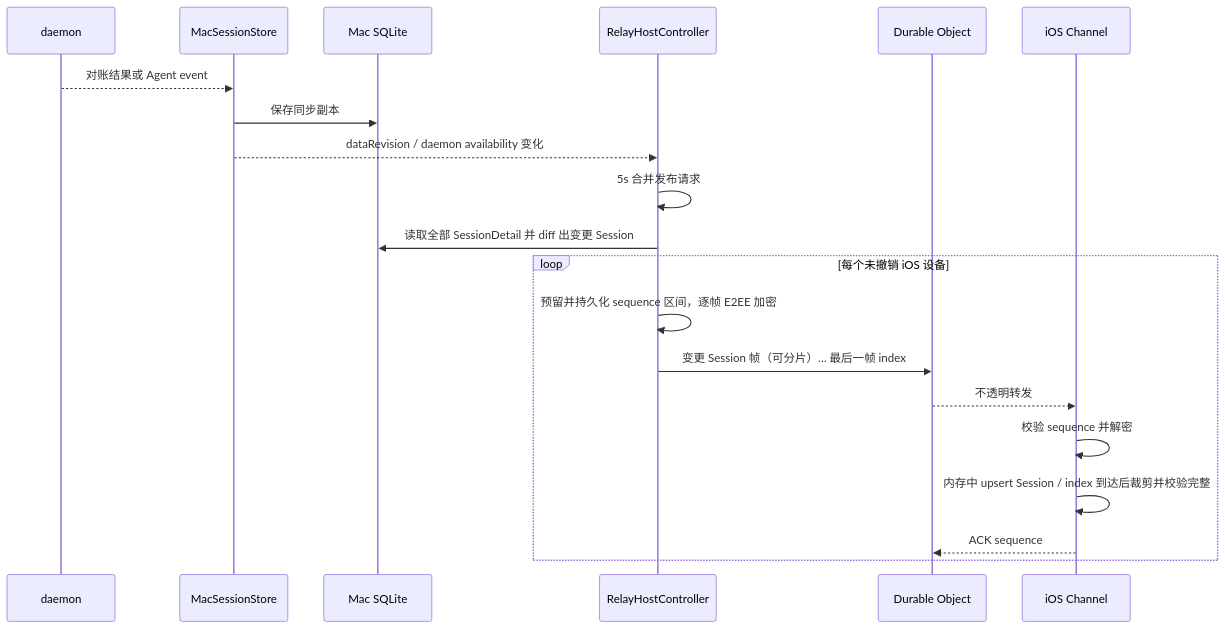
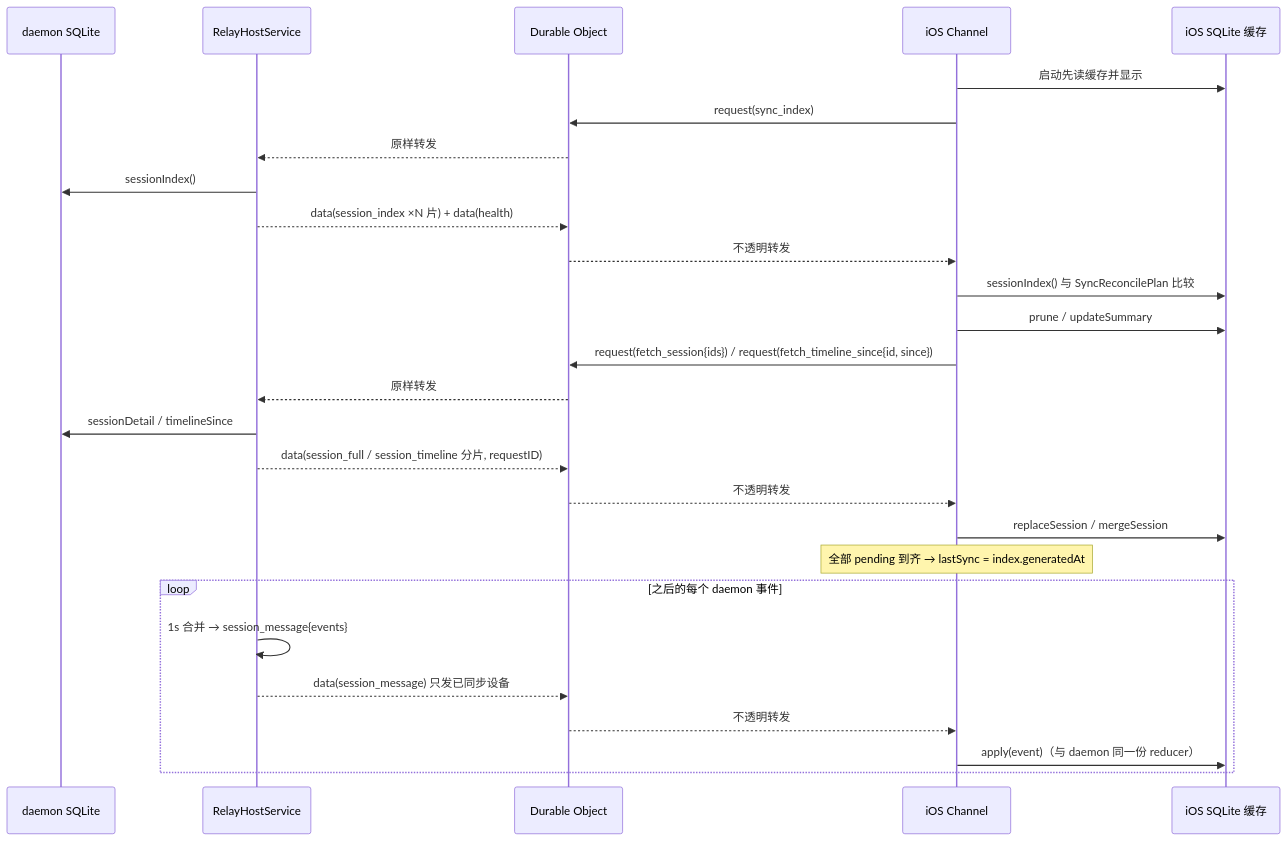
One commit to AFutureD/Lumi changed the second of 2 diagrams in docs/design/data-communication-storage.md. Above: the diagram before and after it, drawn with Mermaid. The commit also changed other lines of this file and 11 other files, not shown here.

First line of the commit message:
docs: daemon-hosted Relay, iPhone cache and index-first sync

````diff
--- a/docs/design/data-communication-storage.md
+++ b/docs/design/data-communication-storage.md
@@ -138,23 +141,30 @@
 ```mermaid
 sequenceDiagram
-    participant D as daemon
-    participant M as MacSessionStore
-    participant MDB as Mac SQLite
-    participant H as RelayHostController
+    participant D as daemon SQLite
+    participant H as RelayHostService
     participant R as Durable Object
     participant I as iOS Channel
+    participant IDB as iOS SQLite 缓存
 
-    D-->>M: 对账结果或 Agent event
-    M->>MDB: 保存同步副本
-    M-->>H: dataRevision / daemon availability 变化
-    H->>H: 5s 合并发布请求
-    H->>MDB: 读取全部 SessionDetail 并 diff 出变更 Session
-    loop 每个未撤销 iOS 设备
-        H->>H: 预留并持久化 sequence 区间，逐帧 E2EE 加密
-        H->>R: 变更 Session 帧（可分片）… 最后一帧 index
+    I->>IDB: 启动先读缓存并显示
+    I->>R: request(sync_index)
+    R-->>H: 原样转发
+    H->>D: sessionIndex()
+    H-->>R: data(session_index ×N 片) + data(health)
+    R-->>I: 不透明转发
+    I->>IDB: sessionIndex() 与 SyncReconcilePlan 比较
+    I->>IDB: prune / updateSummary
+    I->>R: request(fetch_session{ids}) / request(fetch_timeline_since{id, since})
+    R-->>H: 原样转发
+    H->>D: sessionDetail / timelineSince
+    H-->>R: data(session_full / session_timeline 分片, requestID)
+    R-->>I: 不透明转发
+    I->>IDB: replaceSession / mergeSession
+    Note over I: 全部 pending 到齐 → lastSync = index.generatedAt
+    loop 之后的每个 daemon 事件
+        H->>H: 1s 合并 → session_message{events}
+        H-->>R: data(session_message) 只发已同步设备
         R-->>I: 不透明转发
-        I->>I: 校验 sequence 并解密
-        I->>I: 内存中 upsert Session / index 到达后裁剪并校验完整
-        I-->>R: ACK sequence
+        I->>IDB: apply(event)（与 daemon 同一份 reducer）
     end
 ```
````
